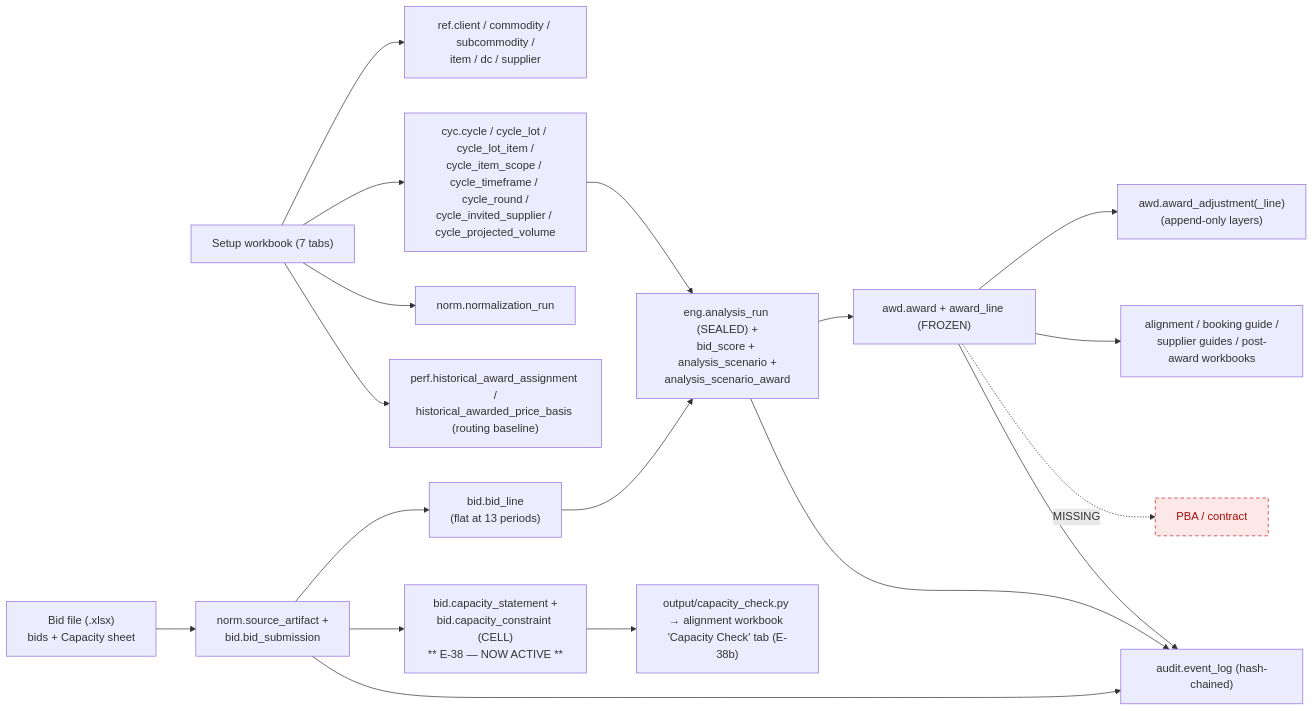
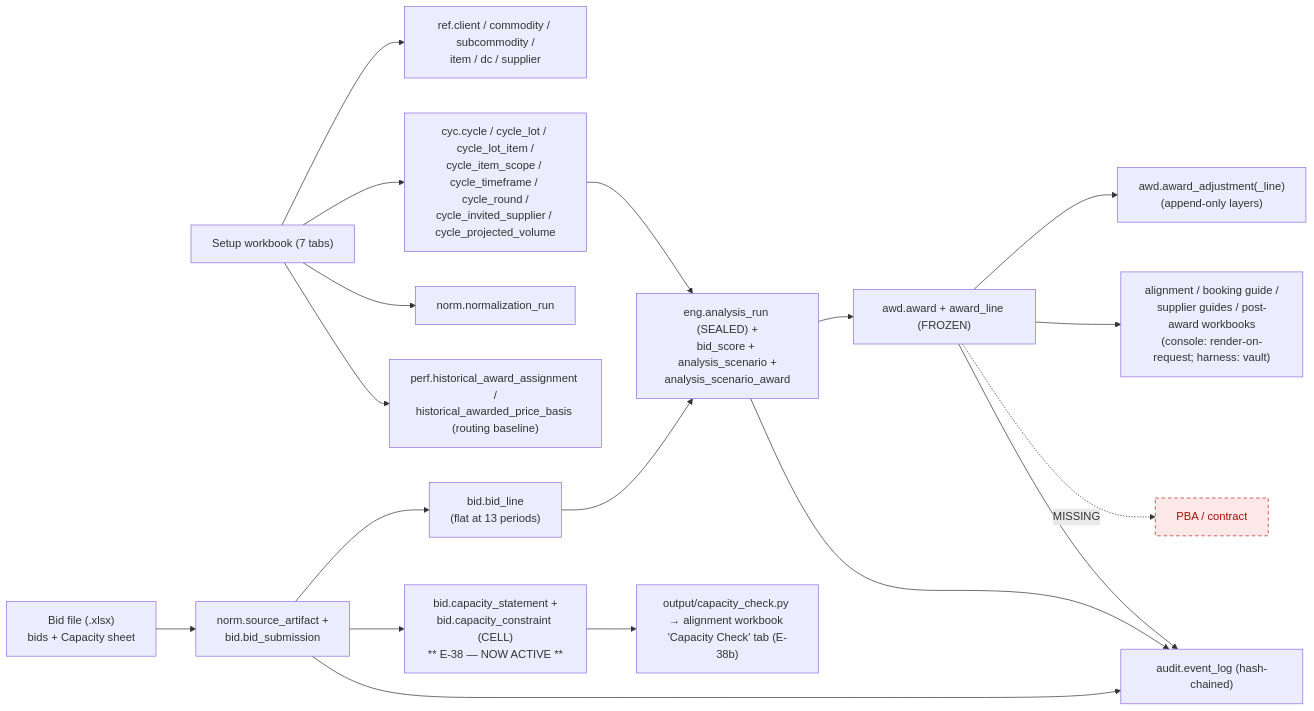
Before and after one commit to eddgue/KR_RFP: the second of 2 diagrams in project/07_AS_BUILT_PROCESS_AUDIT.md, drawn with Mermaid. The commit also changed other lines of this file, not shown here.

First line of the commit message:
docs: reconcile As-Built to post-refactor file-free reality — v1.24

````diff
--- a/project/07_AS_BUILT_PROCESS_AUDIT.md
+++ b/project/07_AS_BUILT_PROCESS_AUDIT.md
@@ -148,22 +148,22 @@
 ```mermaid
 flowchart LR
     classDef missing fill:#fce8e6,stroke:#c5221f,color:#a50e0e,stroke-dasharray:5 4;
     classDef dormant fill:#f1f3f4,stroke:#9aa0a6,color:#5f6368,stroke-dasharray:2 2;
     SW["Setup workbook (7 tabs)"] --> REF["ref.client / commodity / subcommodity /<br/>item / dc / supplier"]
     SW --> CYC["cyc.cycle / cycle_lot / cycle_lot_item /<br/>cycle_item_scope / cycle_timeframe / cycle_round /<br/>cycle_invited_supplier / cycle_projected_volume"]
     SW --> NRUN["norm.normalization_run"]
     SW --> PERF["perf.historical_award_assignment /<br/>historical_awarded_price_basis (routing baseline)"]
     BF["Bid file (.xlsx)<br/>bids + Capacity sheet"] --> ART["norm.source_artifact +<br/>bid.bid_submission"]
     ART --> BL["bid.bid_line<br/>(flat at 13 periods)"]
     ART --> CAP["bid.capacity_statement +<br/>bid.capacity_constraint (CELL)<br/>** E-38 — NOW ACTIVE **"]
     BL --> ENG["eng.analysis_run (SEALED) +<br/>bid_score + analysis_scenario +<br/>analysis_scenario_award"]
     CYC --> ENG
     ENG --> AWD["awd.award + award_line (FROZEN)"]
     AWD --> ADJ["awd.award_adjustment(_line)<br/>(append-only layers)"]
-    AWD --> OUT["alignment / booking guide /<br/>supplier guides / post-award workbooks"]
+    AWD --> OUT["alignment / booking guide /<br/>supplier guides / post-award workbooks<br/>(console: render-on-request; harness: vault)"]
     CAP --> CK["output/capacity_check.py → alignment workbook 'Capacity Check' tab (E-38b)"]
     ART --> AUD["audit.event_log (hash-chained)"]
     ENG --> AUD
     AWD --> AUD
     AWD -. "MISSING" .-> CON["PBA / contract"]:::missing
 ```
````
